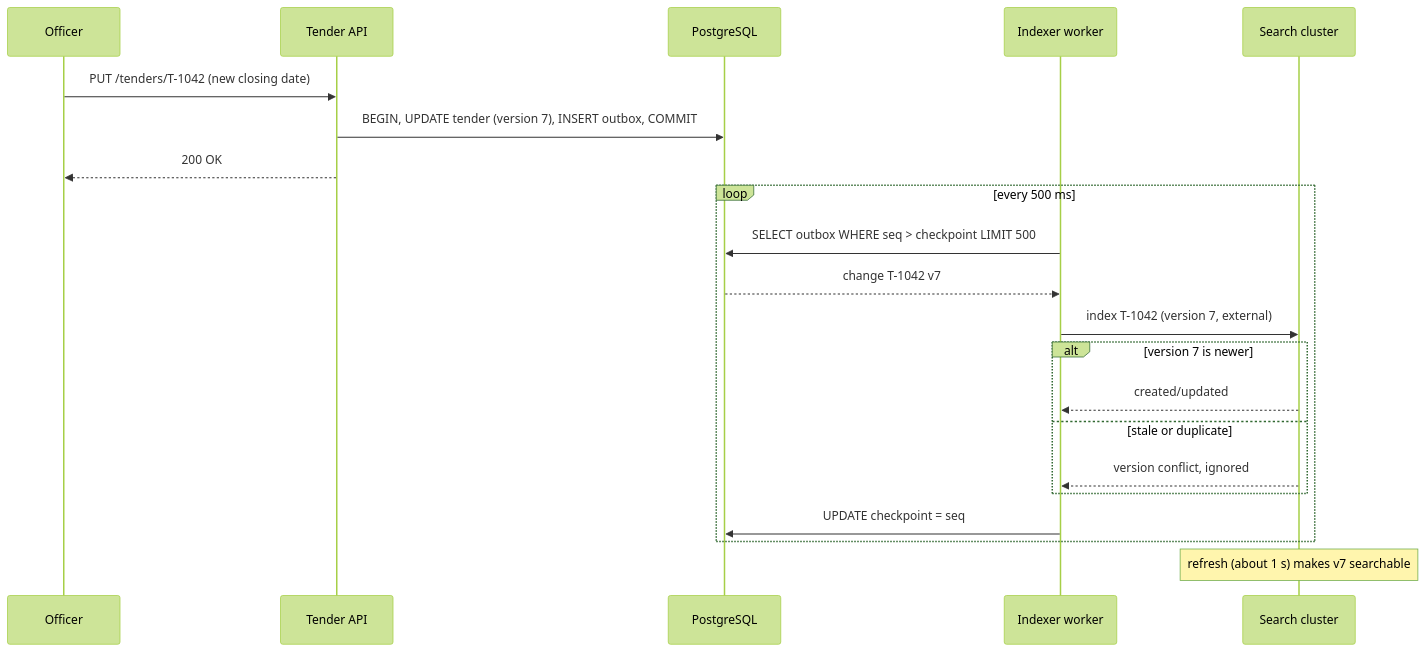
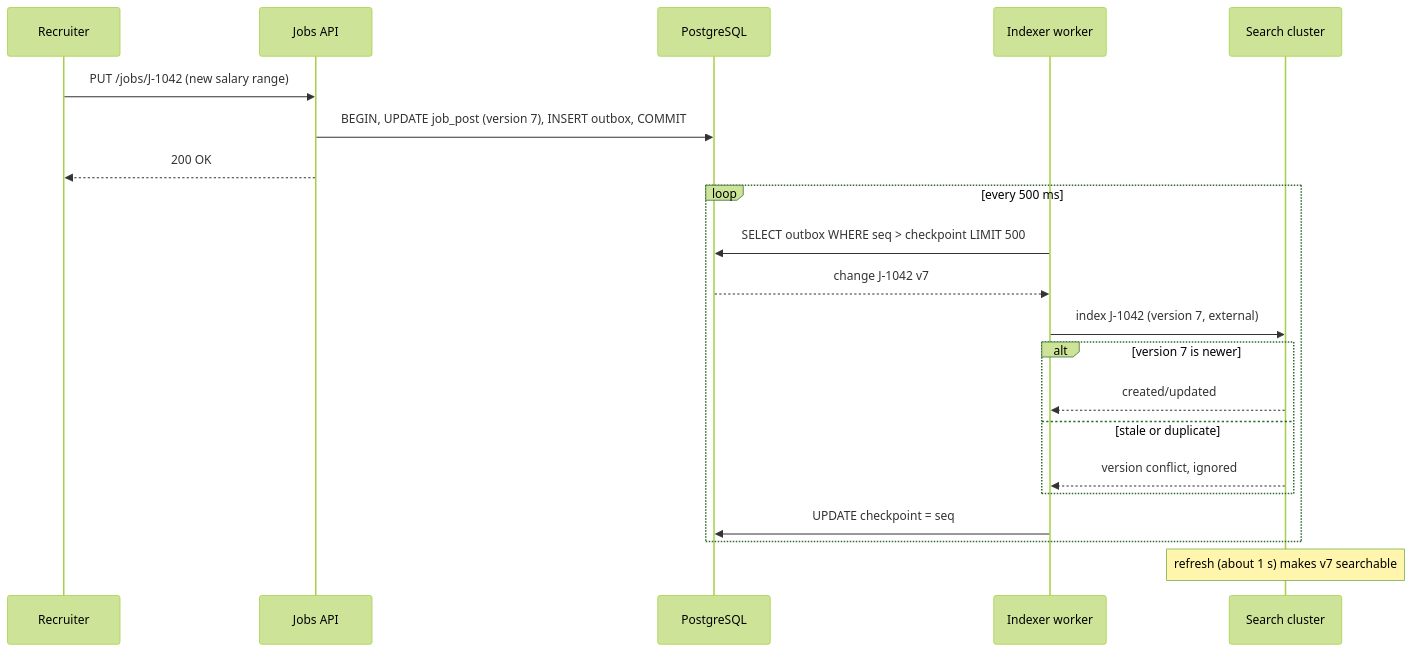
One commit to rizwi0786/system-design-lab changed the second of 3 diagrams in content/lessons/m16/m16-search-architecture.md. Above: the diagram before and after it, drawn with Mermaid (forest theme). The commit also changed other lines of this file and 334 other files, not shown here.

````diff
--- a/content/lessons/m16/m16-search-architecture.md
+++ b/content/lessons/m16/m16-search-architecture.md
@@ -253,23 +257,23 @@
 ```mermaid
 sequenceDiagram
-    participant O as Officer
-    participant API as Tender API
+    participant O as Recruiter
+    participant API as Jobs API
     participant PG as PostgreSQL
     participant W as Indexer worker
     participant S as Search cluster
-    O->>API: PUT /tenders/T-1042 (new closing date)
-    API->>PG: BEGIN, UPDATE tender (version 7), INSERT outbox, COMMIT
+    O->>API: PUT /jobs/J-1042 (new salary range)
+    API->>PG: BEGIN, UPDATE job_post (version 7), INSERT outbox, COMMIT
     API-->>O: 200 OK
     loop every 500 ms
         W->>PG: SELECT outbox WHERE seq > checkpoint LIMIT 500
-        PG-->>W: change T-1042 v7
-        W->>S: index T-1042 (version 7, external)
+        PG-->>W: change J-1042 v7
+        W->>S: index J-1042 (version 7, external)
         alt version 7 is newer
             S-->>W: created/updated
         else stale or duplicate
             S-->>W: version conflict, ignored
         end
         W->>PG: UPDATE checkpoint = seq
     end
     Note over S: refresh (about 1 s) makes v7 searchable
 ```
````
